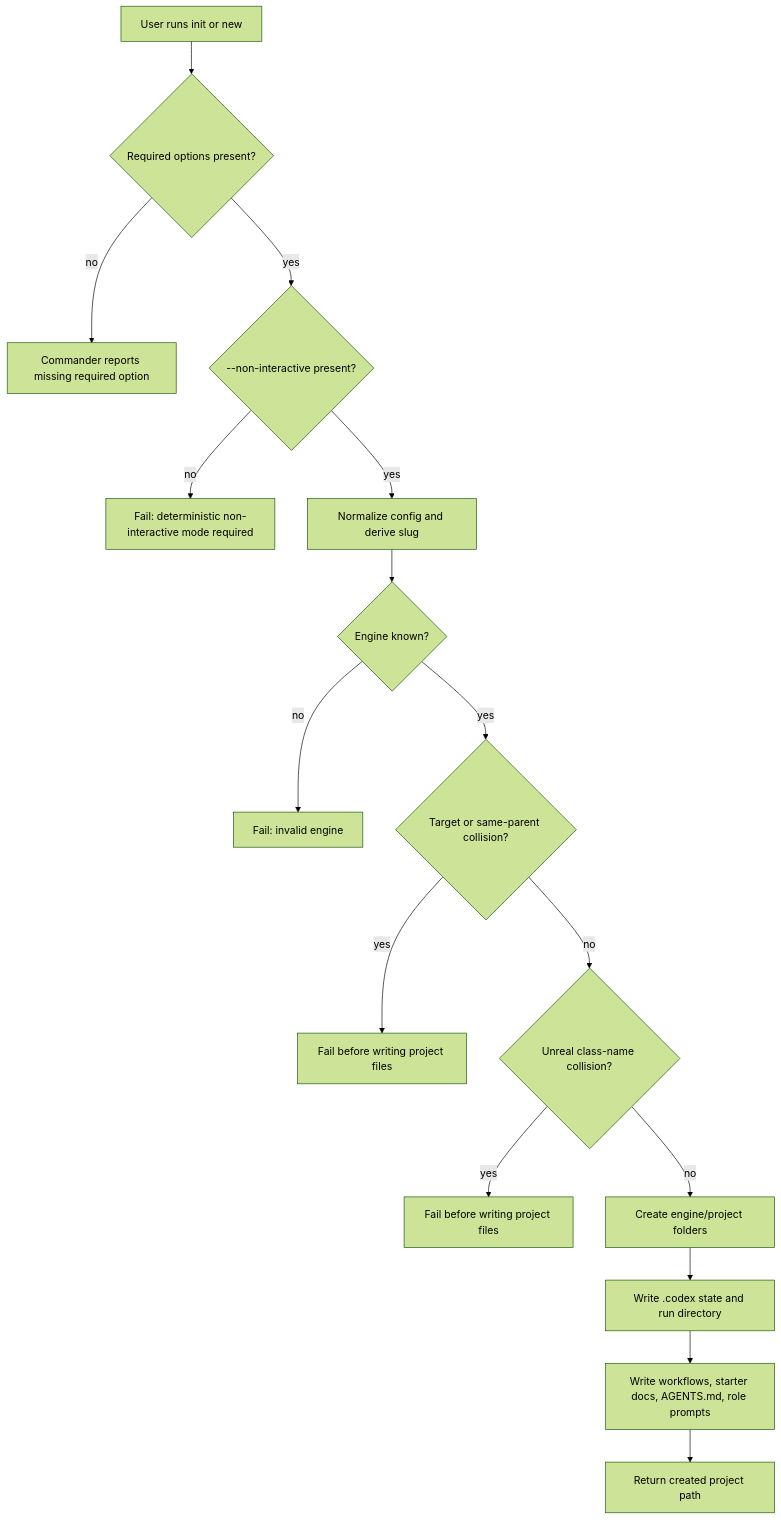
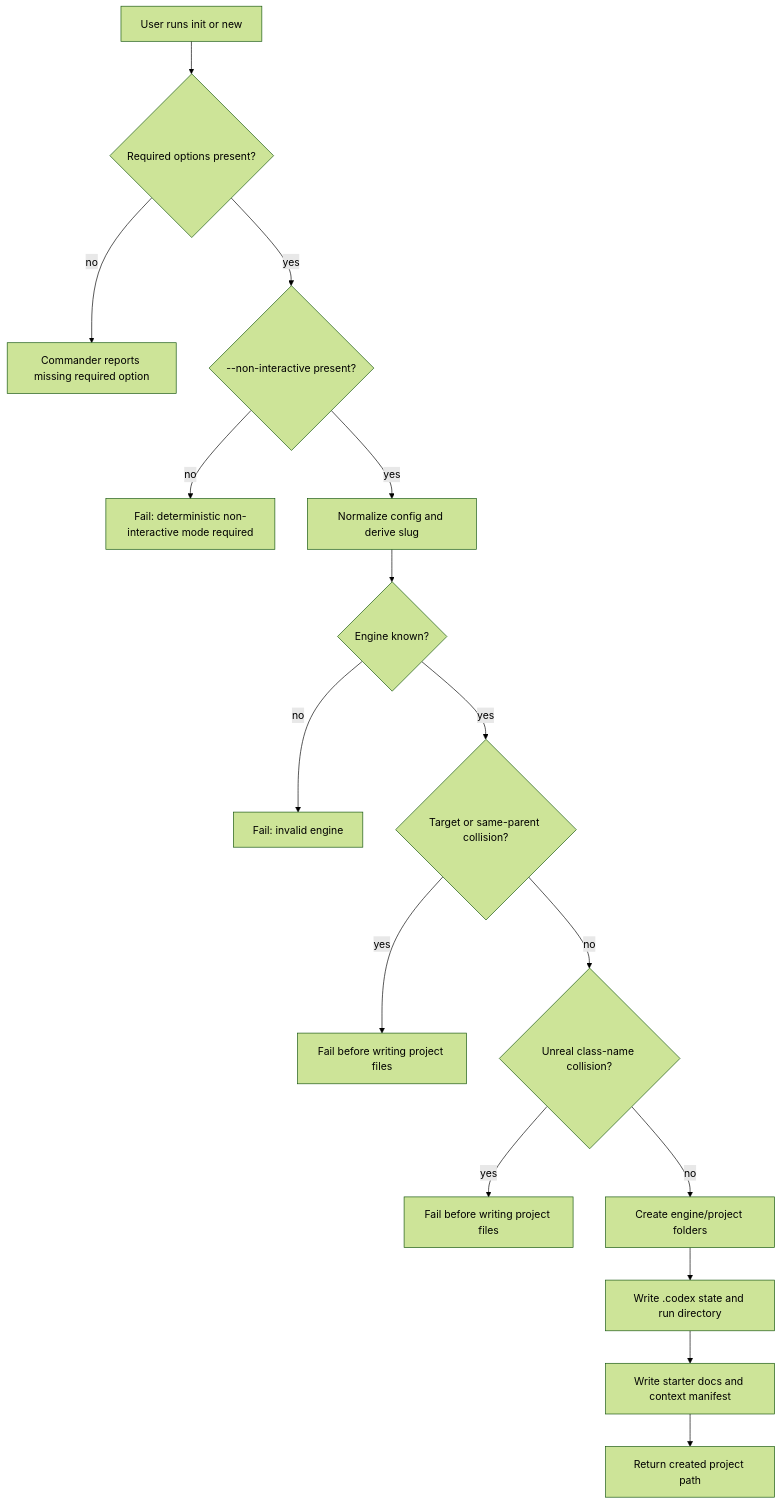
The second of 2 diagrams in docs/architecture/flows/project-initialization.md (merlinhu1/codex-game-studio), drawn with Mermaid (forest theme) before and after one commit. The commit also changed other lines of this file and 237 other files, not shown here.

````diff
--- a/docs/architecture/flows/project-initialization.md
+++ b/docs/architecture/flows/project-initialization.md
@@ -81,18 +91,18 @@
 ```mermaid
 flowchart TD
   A[User runs init or new] --> B{Required options present?}
   B -- no --> B1[Commander reports missing required option]
   B -- yes --> C{--non-interactive present?}
   C -- no --> C1[Fail: deterministic non-interactive mode required]
   C -- yes --> D[Normalize config and derive slug]
   D --> E{Engine known?}
   E -- no --> E1[Fail: invalid engine]
   E -- yes --> F{Target or same-parent collision?}
   F -- yes --> F1[Fail before writing project files]
   F -- no --> G{Unreal class-name collision?}
   G -- yes --> G1[Fail before writing project files]
   G -- no --> H[Create engine/project folders]
   H --> I[Write .codex state and run directory]
-  I --> J[Write workflows, starter docs, AGENTS.md, role prompts]
+  I --> J[Write starter docs and context manifest]
   J --> K[Return created project path]
 ```
````
